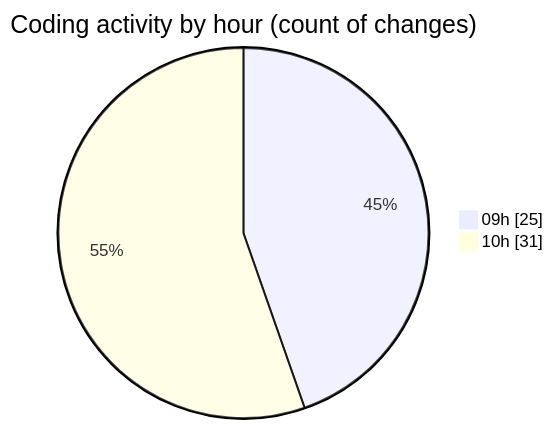
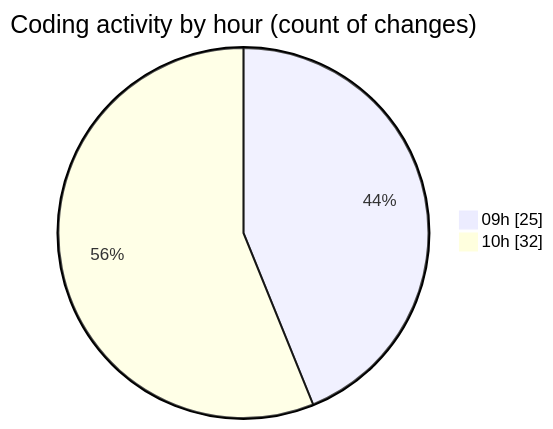
Before and after one commit to momahboobian/code-tracking: the second of 2 diagrams in 2025-08-22/cda/README.md, drawn with Mermaid. The commit also changed other lines of this file and 1 other file, not shown here.

````diff
--- a/2025-08-22/cda/README.md
+++ b/2025-08-22/cda/README.md
@@ -41,6 +41,6 @@
 ```mermaid
 pie showData
 title Coding activity by hour (count of changes)
 "09h" : 25
-"10h" : 31
+"10h" : 32
 ```
````
